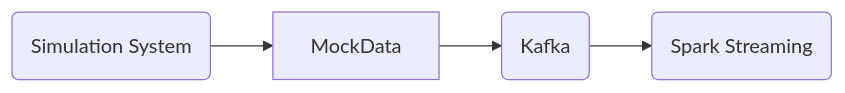
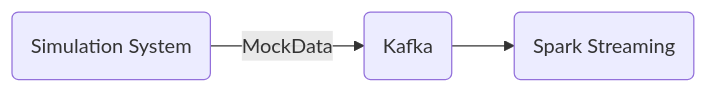
One commit to abcgz133/spark_project changed the diagram in FiveMinuteFromKafkaTrend/Readme.md. Above: the diagram before and after it, drawn with Mermaid.

````diff
--- a/FiveMinuteFromKafkaTrend/Readme.md
+++ b/FiveMinuteFromKafkaTrend/Readme.md
@@ -22,5 +22,5 @@
 ```mermaid
 flowchart LR
-    A(Simulation System)--> MockData--> B(Kafka) --> C(Spark Streaming)
+    A(Simulation System)-->| MockData| B(Kafka) --> C(Spark Streaming)
     
 ```
````
